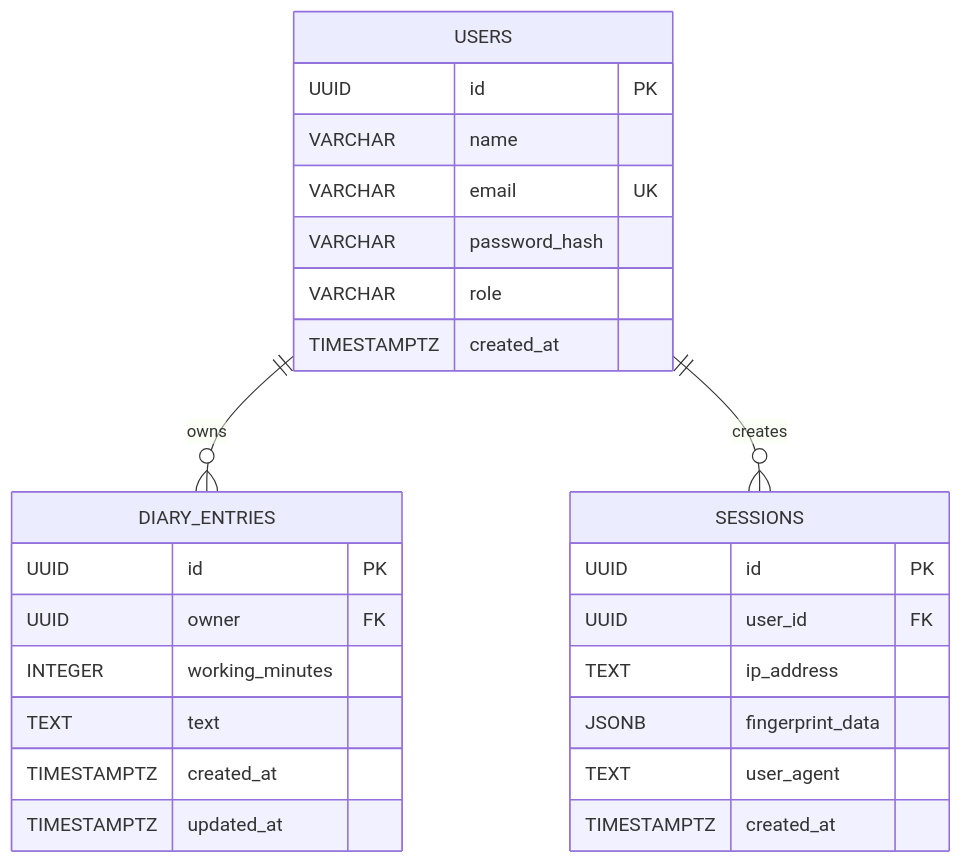
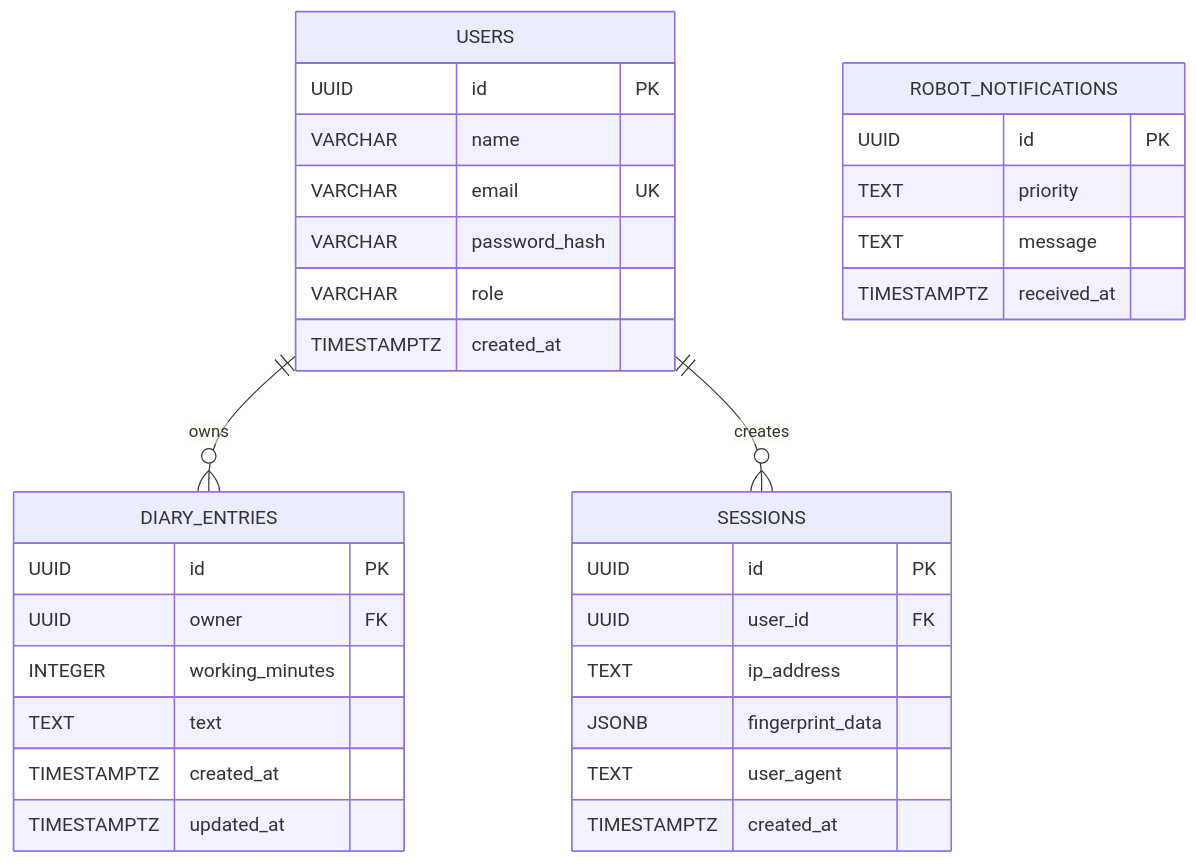
Before and after one commit to TeleTable-StartUp-Lab/backend: the diagram in docs/database.md, drawn with Mermaid. The commit also changed other lines of this file, not shown here.

Commit message:
feat: add robot_notifications table and update database documentation

````diff
--- a/docs/database.md
+++ b/docs/database.md
@@ -75,32 +76,39 @@
 ```mermaid
 erDiagram
     USERS ||--o{ DIARY_ENTRIES : owns
     USERS ||--o{ SESSIONS : creates
 
     USERS {
         UUID id PK
         VARCHAR name
         VARCHAR email UK
         VARCHAR password_hash
         VARCHAR role
         TIMESTAMPTZ created_at
     }
 
     DIARY_ENTRIES {
         UUID id PK
         UUID owner FK
         INTEGER working_minutes
         TEXT text
         TIMESTAMPTZ created_at
         TIMESTAMPTZ updated_at
     }
 
     SESSIONS {
         UUID id PK
         UUID user_id FK
         TEXT ip_address
         JSONB fingerprint_data
         TEXT user_agent
         TIMESTAMPTZ created_at
     }
+
+    ROBOT_NOTIFICATIONS {
+        UUID id PK
+        TEXT priority
+        TEXT message
+        TIMESTAMPTZ received_at
+    }
 ```
````
